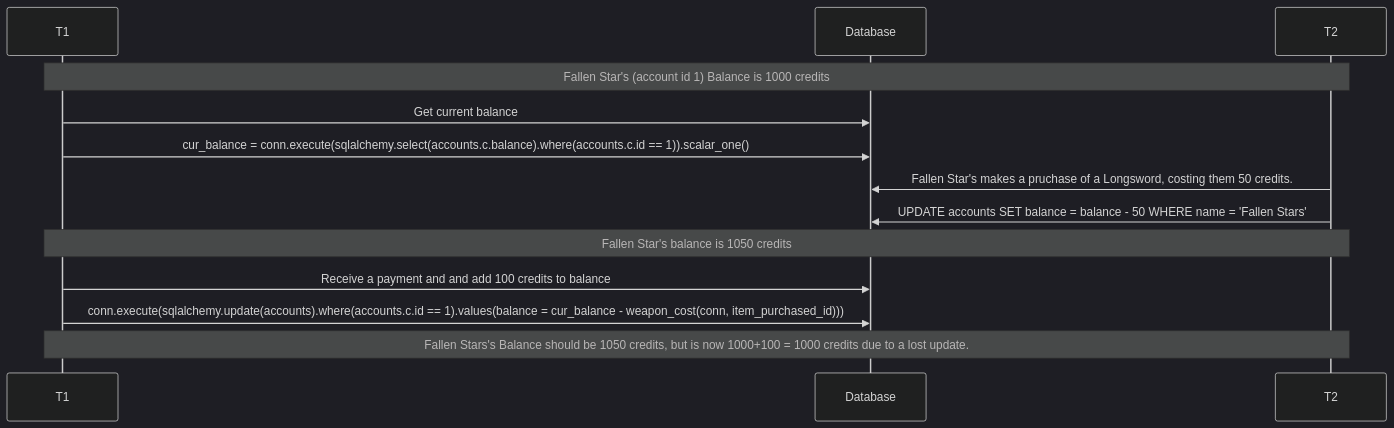
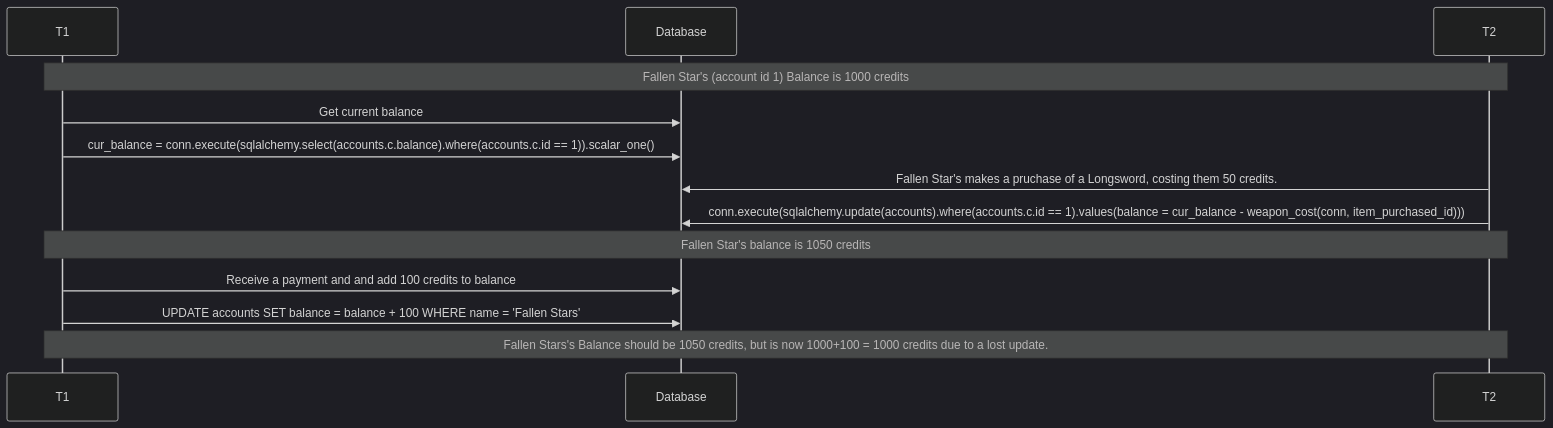
One commit to irwinj22/FallenStars changed the first of 2 diagrams in docs/concurrency.md. Above: the diagram before and after it, drawn with Mermaid (dark theme). The commit also changed other lines of this file, not shown here.

Commit message:
update conc.

````diff
--- a/docs/concurrency.md
+++ b/docs/concurrency.md
@@ -7,15 +7,15 @@
 ```mermaid
 sequenceDiagram
     participant T1
     participant Database
     participant T2
     Note over T1, T2: Fallen Star's (account id 1) Balance is 1000 credits
     T1->>Database: Get current balance
     T1->>Database: cur_balance = conn.execute(sqlalchemy.select(accounts.c.balance).where(accounts.c.id == 1)).scalar_one();
     T2->>Database: Fallen Star's makes a pruchase of a Longsword, costing them 50 credits.
-    T2->>Database: UPDATE accounts SET balance = balance - 50 WHERE name = 'Fallen Stars'
+    T2->>Database: conn.execute(sqlalchemy.update(accounts).where(accounts.c.id == 1).values(balance = cur_balance - weapon_cost(conn, item_purchased_id)))
     Note over T1, T2: Fallen Star's balance is 1050 credits
     T1->>Database: Receive a payment and and add 100 credits to balance
-    T1->>Database: conn.execute(sqlalchemy.update(accounts).where(accounts.c.id == 1).values(balance = cur_balance - weapon_cost(conn, item_purchased_id)))
+    T1->>Database: UPDATE accounts SET balance = balance + 100 WHERE name = 'Fallen Stars'
     Note over T1, T2: Fallen Stars's Balance should be 1050 credits, but is now 1000+100 = 1000 credits due to a lost update.
 ```
````
